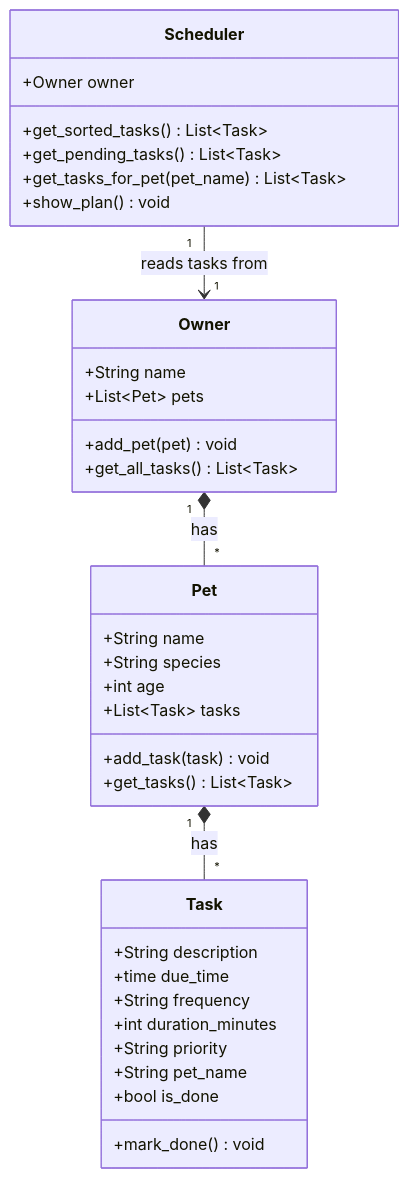
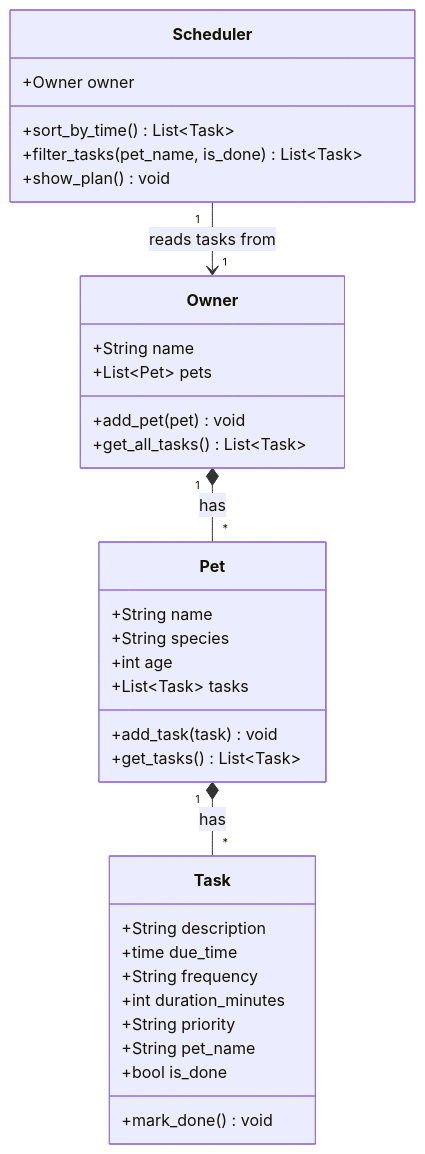
Before and after one commit to kelvaliere/ai110-module2show-pawpal-starter: the diagram in diagrams/uml.mmd, drawn with Mermaid. The commit also changed 5 other files, not shown here.

```diff
--- a/diagrams/uml.mmd
+++ b/diagrams/uml.mmd
@@ -1,39 +1,38 @@
 classDiagram
     class Task {
         +String description
         +time due_time
         +String frequency
         +int duration_minutes
         +String priority
         +String pet_name
         +bool is_done
         +mark_done() void
     }
 
     class Pet {
         +String name
         +String species
         +int age
         +List~Task~ tasks
         +add_task(task) void
         +get_tasks() List~Task~
     }
 
     class Owner {
         +String name
         +List~Pet~ pets
         +add_pet(pet) void
         +get_all_tasks() List~Task~
     }
 
     class Scheduler {
         +Owner owner
-        +get_sorted_tasks() List~Task~
-        +get_pending_tasks() List~Task~
-        +get_tasks_for_pet(pet_name) List~Task~
+        +sort_by_time() List~Task~
+        +filter_tasks(pet_name, is_done) List~Task~
         +show_plan() void
     }
 
     Owner "1" *-- "*" Pet : has
     Pet "1" *-- "*" Task : has
     Scheduler "1" --> "1" Owner : reads tasks from
```
